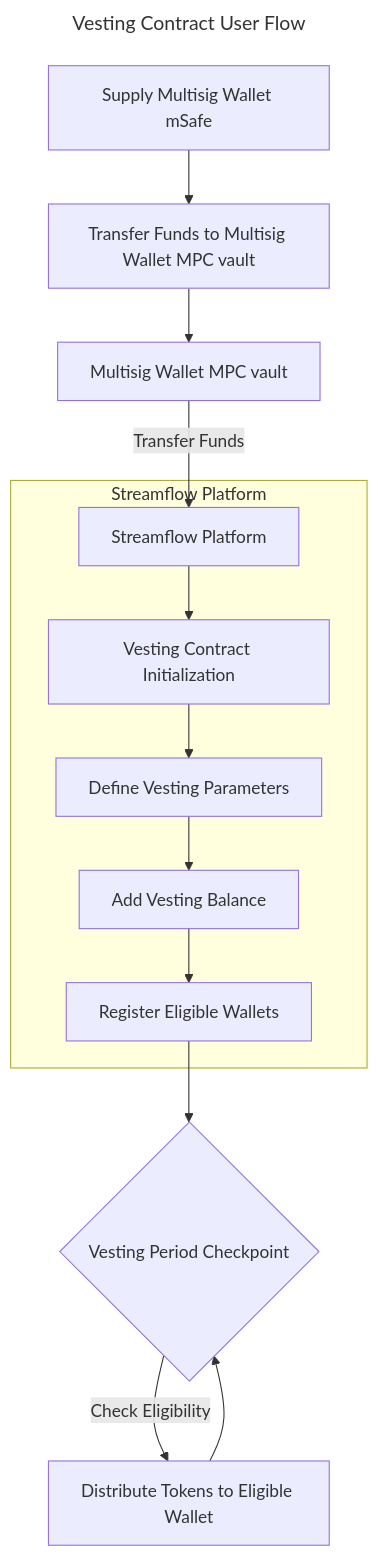
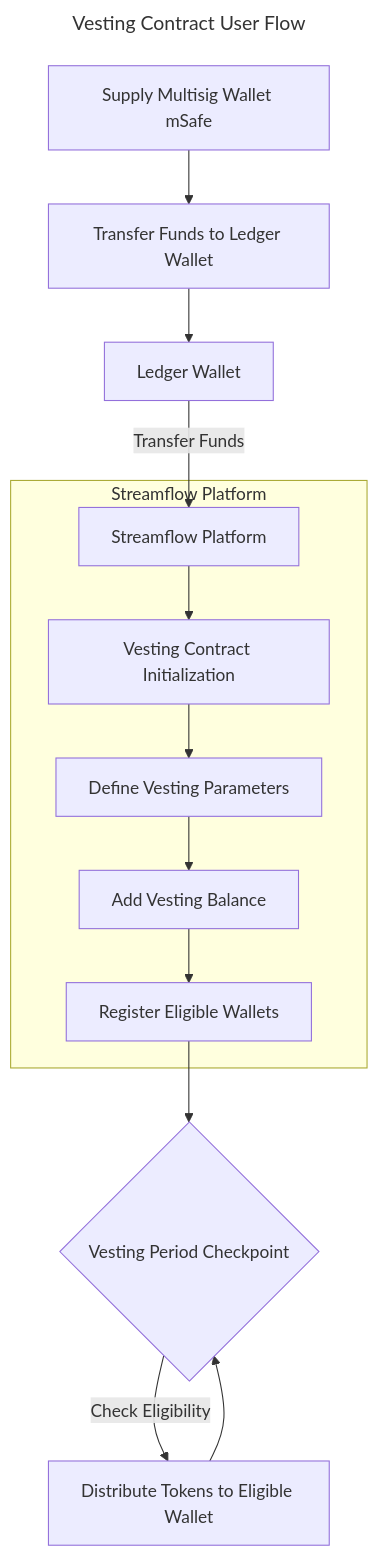
The diagram in diagrams/user_flows/vesting.md (DeLoreanLabs/-DMC-Token), drawn with Mermaid before and after one commit.

Commit message:
Fix wallet name

````diff
--- a/diagrams/user_flows/vesting.md
+++ b/diagrams/user_flows/vesting.md
@@ -1,20 +1,20 @@
 ```mermaid
 ---
 title: Vesting Contract User Flow
 ---
 graph TD
-    A[Supply Multisig Wallet mSafe] --> B[Transfer Funds to Multisig Wallet MPC vault]
-    B --> C[Multisig Wallet MPC vault]
+    A[Supply Multisig Wallet mSafe] --> B[Transfer Funds to Ledger Wallet]
+    B --> C[Ledger Wallet]
     
     C --> |Transfer Funds| D[Streamflow Platform]
     subgraph "Streamflow Platform"
     D --> E[Vesting Contract Initialization]
     E --> F[Define Vesting Parameters]
     F --> G[Add Vesting Balance]
     G --> H[Register Eligible Wallets]
     end
     
     H --> I{Vesting Period Checkpoint}
     I --> |Check Eligibility| J[Distribute Tokens to Eligible Wallet]
     J --> I
 ```
````
